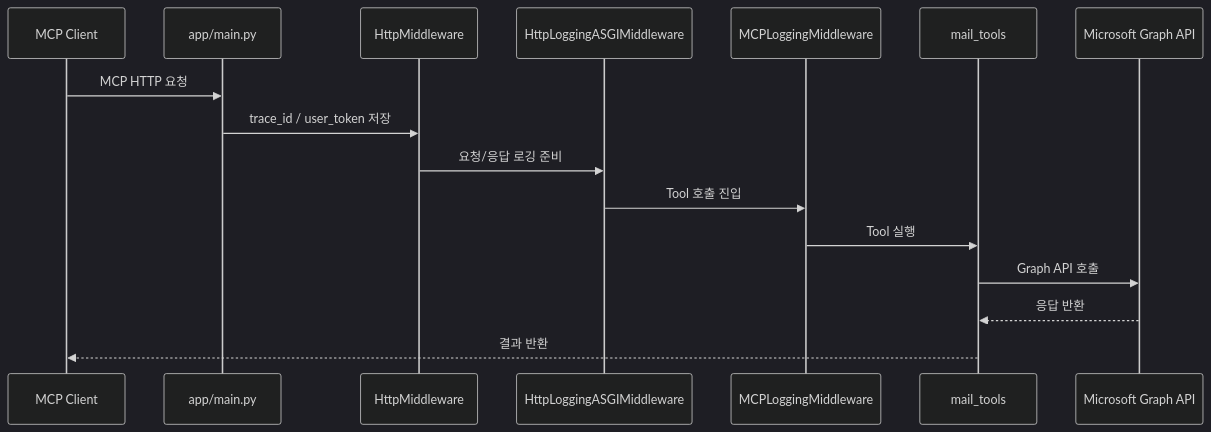
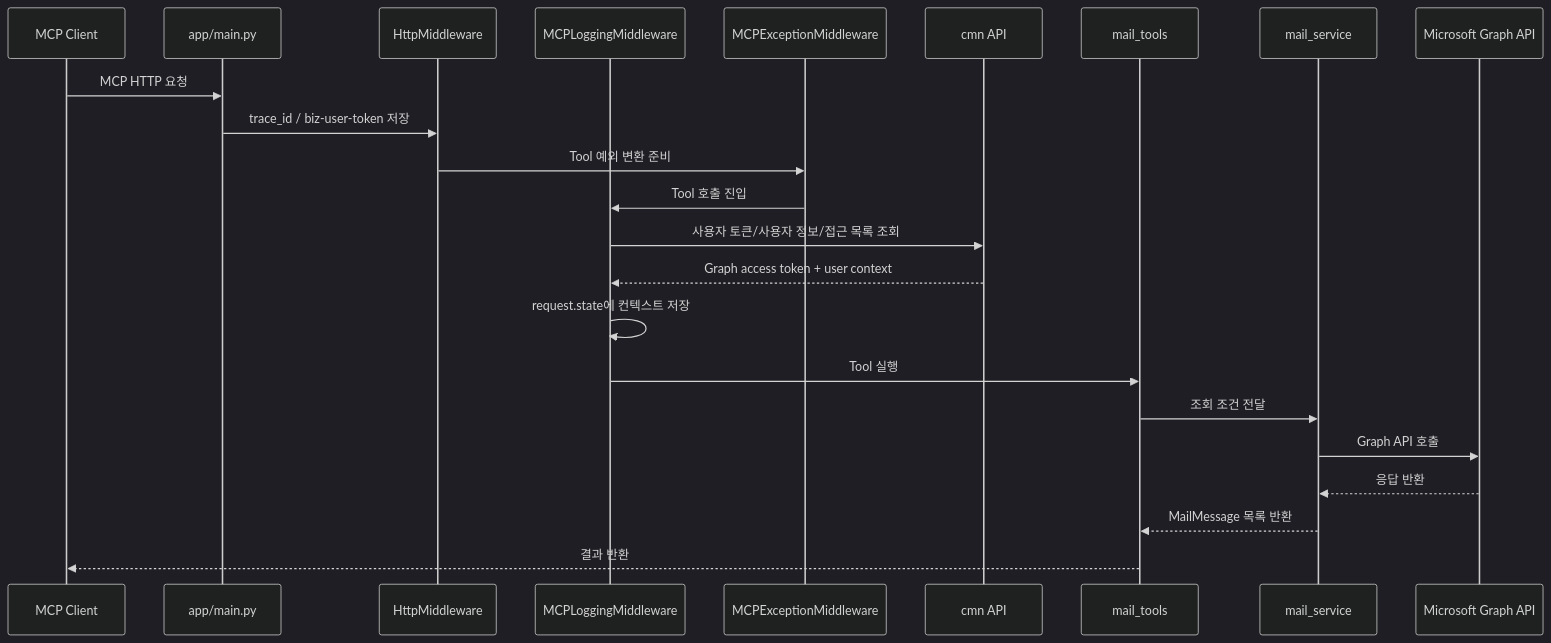
Before and after one commit to leodev901/mcp-mail: the third of 6 diagrams in README.md, drawn with Mermaid (dark theme). The commit also changed other lines of this file and 27 other files, not shown here.

````diff
--- a/README.md
+++ b/README.md
@@ -134,19 +143,26 @@
 ```mermaid
 sequenceDiagram
     participant Client as MCP Client
     participant App as app/main.py
     participant HTTP as HttpMiddleware
-    participant ASGI as HttpLoggingASGIMiddleware
     participant MCP as MCPLoggingMiddleware
+    participant EX as MCPExceptionMiddleware
+    participant CMN as cmn API
     participant Tool as mail_tools
+    participant Service as mail_service
     participant Graph as Microsoft Graph API
 
     Client->>App: MCP HTTP 요청
-    App->>HTTP: trace_id / user_token 저장
-    HTTP->>ASGI: 요청/응답 로깅 준비
-    ASGI->>MCP: Tool 호출 진입
+    App->>HTTP: trace_id / biz-user-token 저장
+    HTTP->>EX: Tool 예외 변환 준비
+    EX->>MCP: Tool 호출 진입
+    MCP->>CMN: 사용자 토큰/사용자 정보/접근 목록 조회
+    CMN-->>MCP: Graph access token + user context
+    MCP->>MCP: request.state에 컨텍스트 저장
     MCP->>Tool: Tool 실행
-    Tool->>Graph: Graph API 호출
-    Graph-->>Tool: 응답 반환
+    Tool->>Service: 조회 조건 전달
+    Service->>Graph: Graph API 호출
+    Graph-->>Service: 응답 반환
+    Service-->>Tool: MailMessage 목록 반환
     Tool-->>Client: 결과 반환
 ```
````
